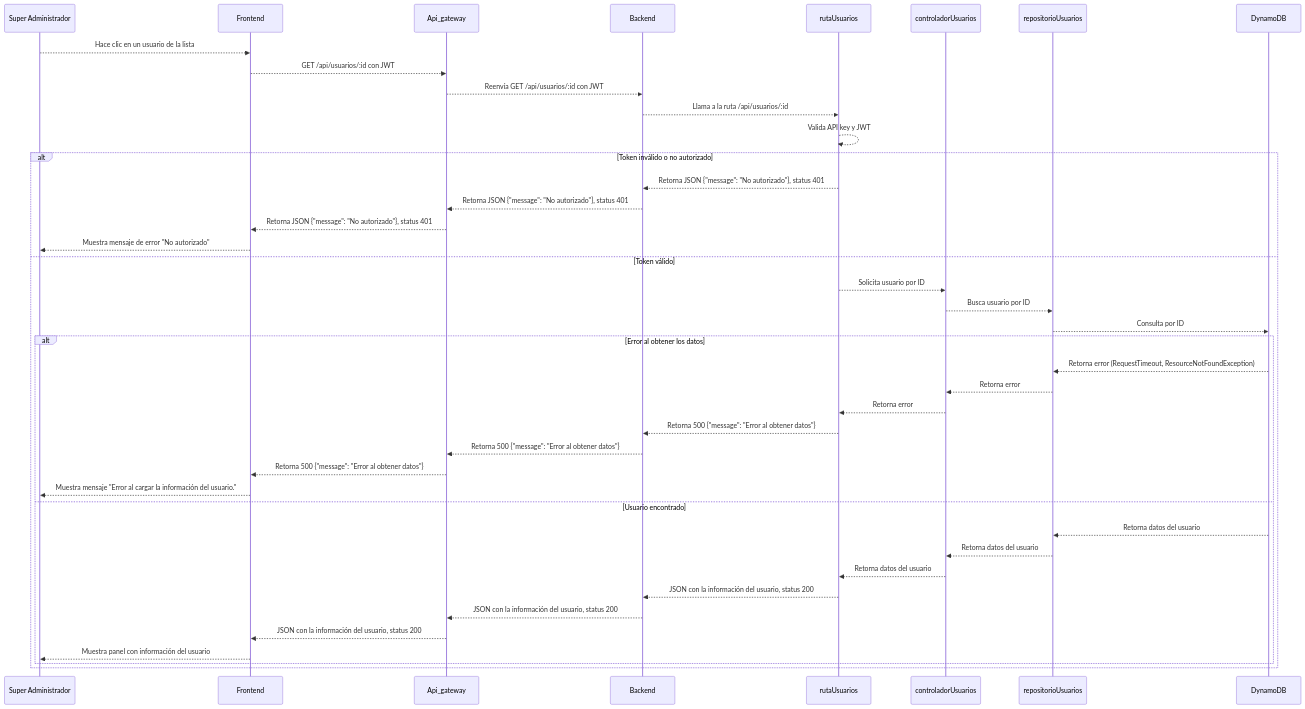
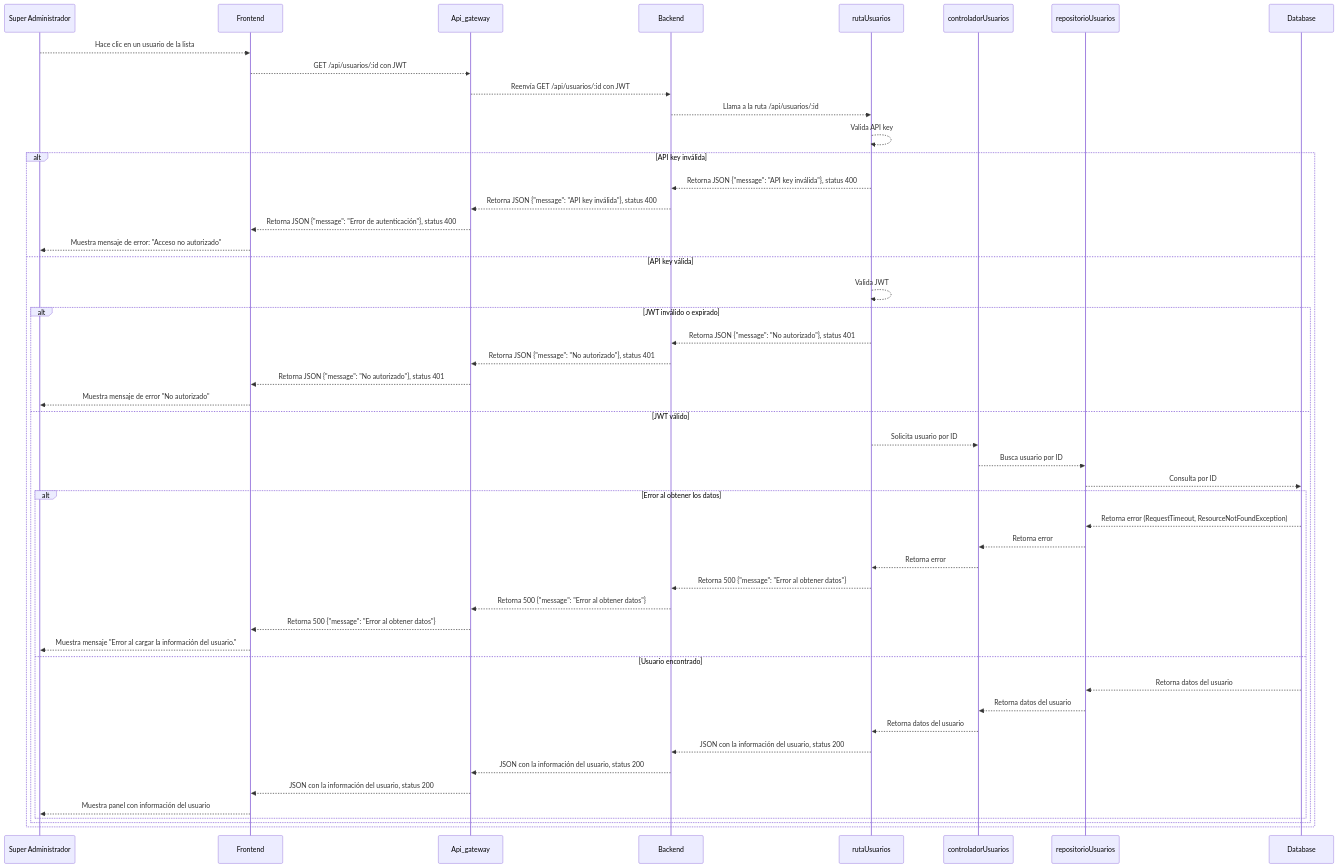
The diagram in documentation/docs/proyectos/textiles/documentacion/requisitos/RF3.md (CodeAnd-Co/Documentacion), drawn with Mermaid before and after one commit.

Commit message:
Corregir diagrama de secuencia

````diff
--- a/documentation/docs/proyectos/textiles/documentacion/requisitos/RF3.md
+++ b/documentation/docs/proyectos/textiles/documentacion/requisitos/RF3.md
@@ -37,46 +37,55 @@
 ```mermaid
 sequenceDiagram
 participant SuperAdmin as Super Administrador
 participant Frontend
 participant Api_gateway
 participant Backend
 participant rutaUsuarios
 participant controladorUsuarios
 participant repositorioUsuarios
-participant DynamoDB
+participant Database
 
 SuperAdmin -->> Frontend: Hace clic en un usuario de la lista
 Frontend -->> Api_gateway: GET /api/usuarios/:id con JWT
 Api_gateway -->> Backend: Reenvía GET /api/usuarios/:id con JWT
 Backend -->> rutaUsuarios: Llama a la ruta /api/usuarios/:id
-rutaUsuarios -->> rutaUsuarios: Valida API key y JWT
+rutaUsuarios -->> rutaUsuarios: Valida API key
 
-alt Token inválido o no autorizado
-    rutaUsuarios -->> Backend: Retorna JSON {"message": "No autorizado"}, status 401
-    Backend -->> Api_gateway: Retorna JSON {"message": "No autorizado"}, status 401
-    Api_gateway -->> Frontend: Retorna JSON {"message": "No autorizado"}, status 401
-    Frontend -->> SuperAdmin: Muestra mensaje de error "No autorizado"
-else Token válido
-    rutaUsuarios -->> controladorUsuarios: Solicita usuario por ID
-    controladorUsuarios -->> repositorioUsuarios: Busca usuario por ID
-    repositorioUsuarios -->> DynamoDB: Consulta por ID
+alt API key inválida
+    rutaUsuarios -->> Backend: Retorna JSON {"message": "API key inválida"}, status 400
+    Backend -->> Api_gateway: Retorna JSON {"message": "API key inválida"}, status 400
+    Api_gateway -->> Frontend: Retorna JSON {"message": "Error de autenticación"}, status 400
+    Frontend -->> SuperAdmin: Muestra mensaje de error: "Acceso no autorizado"
+else API key válida
+    rutaUsuarios -->> rutaUsuarios: Valida JWT
 
-    alt Error al obtener los datos
-        DynamoDB -->> repositorioUsuarios: Retorna error (RequestTimeout, ResourceNotFoundException)
-        repositorioUsuarios -->> controladorUsuarios: Retorna error
-        controladorUsuarios -->> rutaUsuarios: Retorna error
-        rutaUsuarios -->> Backend: Retorna 500 {"message": "Error al obtener datos"}
-        Backend -->> Api_gateway: Retorna 500 {"message": "Error al obtener datos"}
-        Api_gateway -->> Frontend: Retorna 500 {"message": "Error al obtener datos"}
-        Frontend -->> SuperAdmin: Muestra mensaje "Error al cargar la información del usuario."
-    else Usuario encontrado
-        DynamoDB -->> repositorioUsuarios: Retorna datos del usuario
-        repositorioUsuarios -->> controladorUsuarios: Retorna datos del usuario
-        controladorUsuarios -->> rutaUsuarios: Retorna datos del usuario
-        rutaUsuarios -->> Backend: JSON con la información del usuario, status 200
-        Backend -->> Api_gateway: JSON con la información del usuario, status 200
-        Api_gateway -->> Frontend: JSON con la información del usuario, status 200
-        Frontend -->> SuperAdmin: Muestra panel con información del usuario
+    alt JWT inválido o expirado
+        rutaUsuarios -->> Backend: Retorna JSON {"message": "No autorizado"}, status 401
+        Backend -->> Api_gateway: Retorna JSON {"message": "No autorizado"}, status 401
+        Api_gateway -->> Frontend: Retorna JSON {"message": "No autorizado"}, status 401
+        Frontend -->> SuperAdmin: Muestra mensaje de error "No autorizado"
+    else JWT válido
+        rutaUsuarios -->> controladorUsuarios: Solicita usuario por ID
+        controladorUsuarios -->> repositorioUsuarios: Busca usuario por ID
+        repositorioUsuarios -->> Database: Consulta por ID
+
+        alt Error al obtener los datos
+            Database -->> repositorioUsuarios: Retorna error (RequestTimeout, ResourceNotFoundException)
+            repositorioUsuarios -->> controladorUsuarios: Retorna error
+            controladorUsuarios -->> rutaUsuarios: Retorna error
+            rutaUsuarios -->> Backend: Retorna 500 {"message": "Error al obtener datos"}
+            Backend -->> Api_gateway: Retorna 500 {"message": "Error al obtener datos"}
+            Api_gateway -->> Frontend: Retorna 500 {"message": "Error al obtener datos"}
+            Frontend -->> SuperAdmin: Muestra mensaje "Error al cargar la información del usuario."
+        else Usuario encontrado
+            Database -->> repositorioUsuarios: Retorna datos del usuario
+            repositorioUsuarios -->> controladorUsuarios: Retorna datos del usuario
+            controladorUsuarios -->> rutaUsuarios: Retorna datos del usuario
+            rutaUsuarios -->> Backend: JSON con la información del usuario, status 200
+            Backend -->> Api_gateway: JSON con la información del usuario, status 200
+            Api_gateway -->> Frontend: JSON con la información del usuario, status 200
+            Frontend -->> SuperAdmin: Muestra panel con información del usuario
+        end
     end
 end
 ```
````
